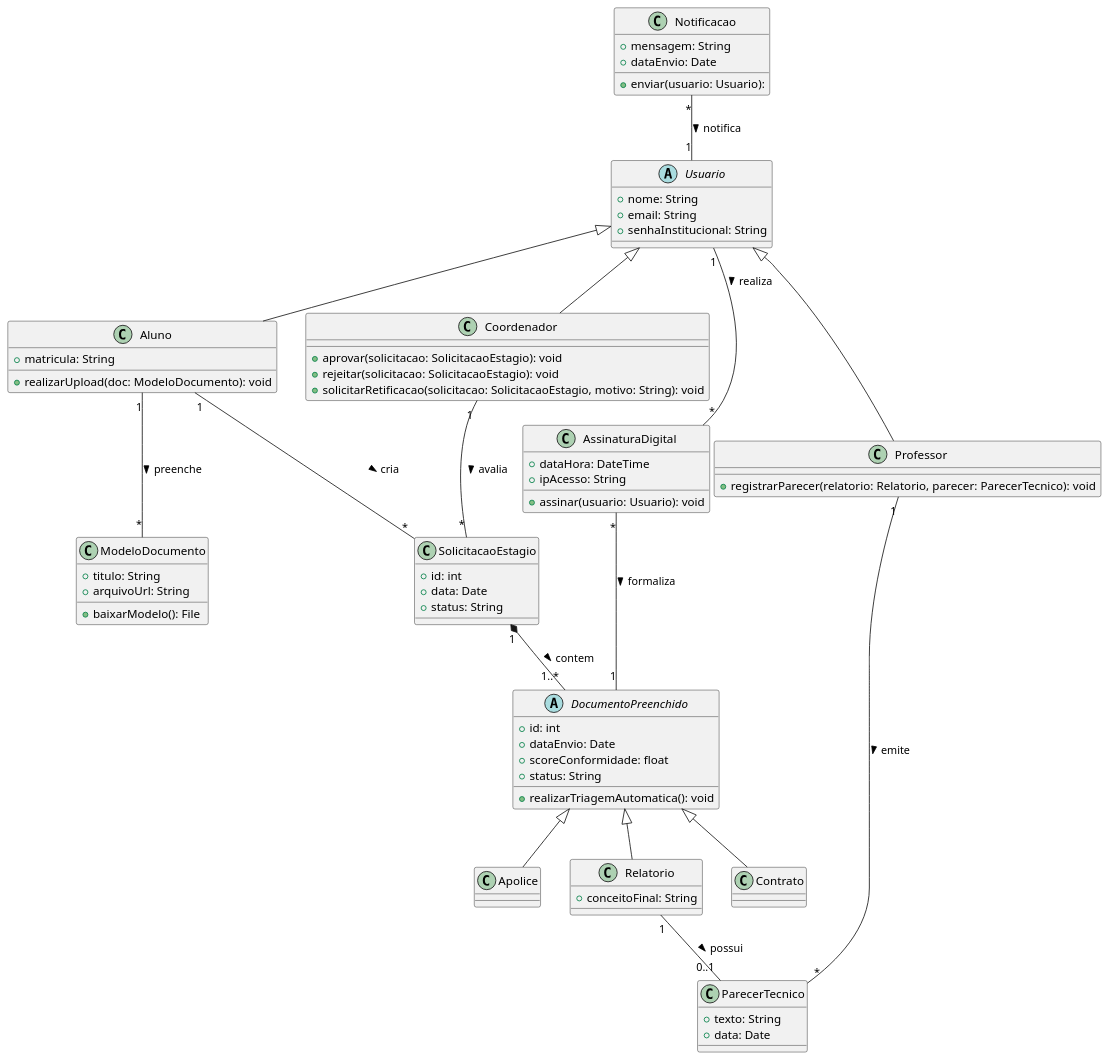
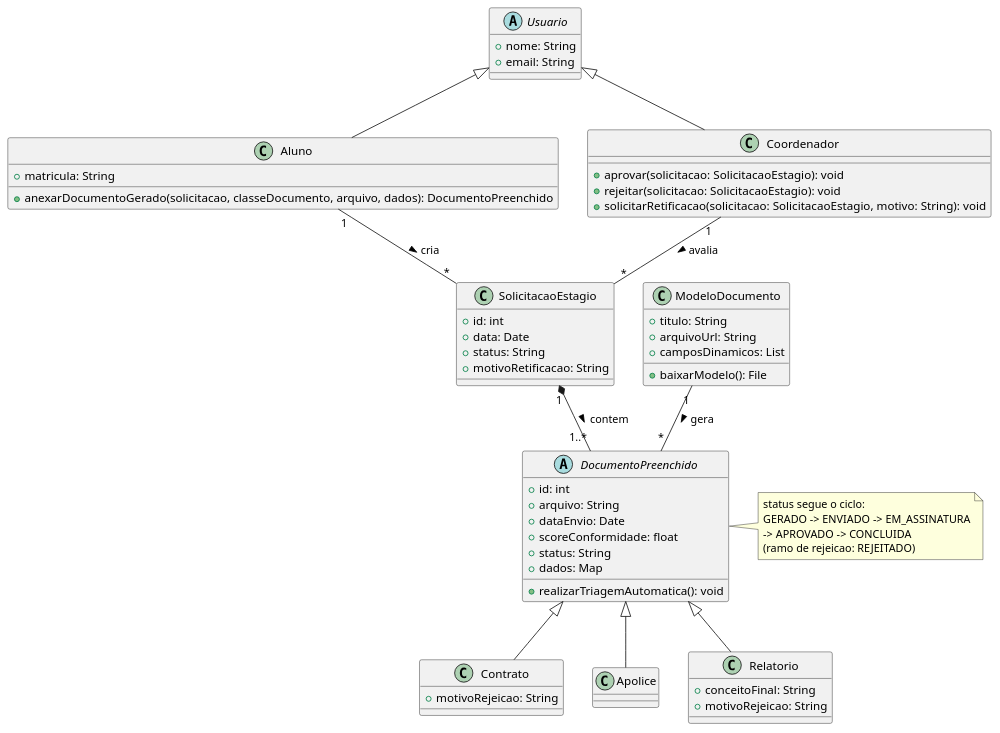
The diagram in mkdocs/Elaboracao/diagrama_de_classes.md (mgff01/back-end_vercel), drawn with PlantUML before and after one commit. The commit also changed other lines of this file and 5 other files, not shown here.

````diff
--- a/mkdocs/Elaboracao/diagrama_de_classes.md
+++ b/mkdocs/Elaboracao/diagrama_de_classes.md
@@ -18,81 +18,68 @@
 ```plantuml
 @startuml
+
 abstract class Usuario {
 	+ nome: String
 	+ email: String
-	+ senhaInstitucional: String
 }
 
 class Aluno extends Usuario {
 	+ matricula: String
-	+ realizarUpload(doc: ModeloDocumento): void
+	+ anexarDocumentoGerado(solicitacao, classeDocumento, arquivo, dados): DocumentoPreenchido
 }
 
 class Coordenador extends Usuario {
 	+ aprovar(solicitacao: SolicitacaoEstagio): void
 	+ rejeitar(solicitacao: SolicitacaoEstagio): void
 	+ solicitarRetificacao(solicitacao: SolicitacaoEstagio, motivo: String): void
 }
 
-class Professor extends Usuario {
-	+ registrarParecer(relatorio: Relatorio, parecer: ParecerTecnico): void
-}
-
 class SolicitacaoEstagio {
 	+ id: int
 	+ data: Date
 	+ status: String
+	+ motivoRetificacao: String
 }
 
 abstract class DocumentoPreenchido {
 	+ id: int
+	+ arquivo: String
 	+ dataEnvio: Date
 	+ scoreConformidade: float
 	+ status: String
+	+ dados: Map
 	+ realizarTriagemAutomatica(): void
 }
 
-class Contrato extends DocumentoPreenchido {}
+class Contrato extends DocumentoPreenchido {
+	+ motivoRejeicao: String
+}
 
 class Apolice extends DocumentoPreenchido {}
 
 class Relatorio extends DocumentoPreenchido {
 	+ conceitoFinal: String
-}
-
-class ParecerTecnico {
-	+ texto: String
-    + data: Date
-}
-
-class AssinaturaDigital {
-	+ dataHora: DateTime
-	+ ipAcesso: String
-	+ assinar(usuario: Usuario): void
+	+ motivoRejeicao: String
 }
 
 class ModeloDocumento {
 	+ titulo: String
 	+ arquivoUrl: String
+	+ camposDinamicos: List
 	+ baixarModelo(): File
 }
 
-class Notificacao {
-	+ mensagem: String
-	+ dataEnvio: Date
-	+ enviar(usuario: Usuario):
-}
-
+note right of DocumentoPreenchido
+  status segue o ciclo:
+  GERADO -> ENVIADO -> EM_ASSINATURA
+  -> APROVADO -> CONCLUIDA
+  (ramo de rejeicao: REJEITADO)
+end note
 
 Aluno "1" -- "*" SolicitacaoEstagio : cria >
-Aluno "1" == "*" ModeloDocumento : preenche >
+Coordenador "1" -- "*" SolicitacaoEstagio : avalia >
 SolicitacaoEstagio "1" *-- "1..*" DocumentoPreenchido : contem >
-Coordenador "1" -- "*" SolicitacaoEstagio : avalia >
-Relatorio "1" -- "0..1" ParecerTecnico : possui >
-Professor "1" -- "*" ParecerTecnico : emite >
-AssinaturaDigital "*" -- "1" DocumentoPreenchido : formaliza >
-Usuario "1" -- "*" AssinaturaDigital : realiza >
-Notificacao "*" -- "1" Usuario : notifica >
+ModeloDocumento "1" -- "*" DocumentoPreenchido : gera >
 
 @enduml
 ```
````
